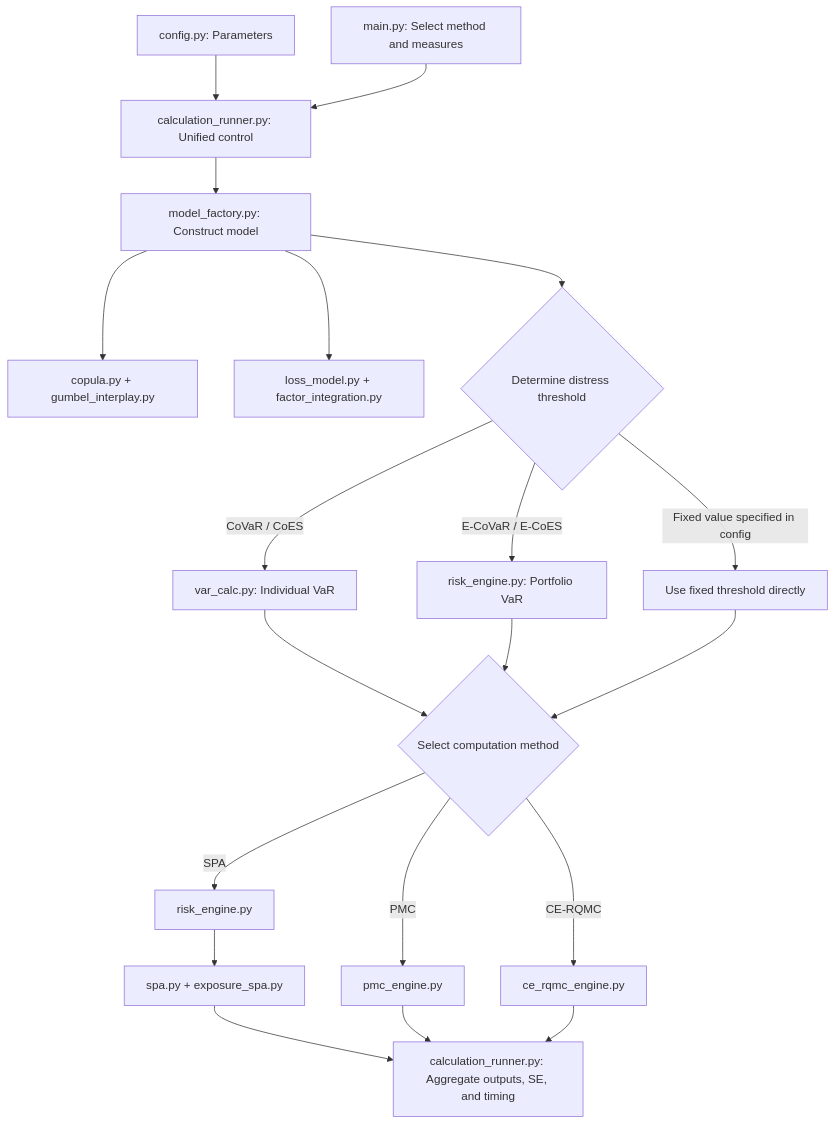
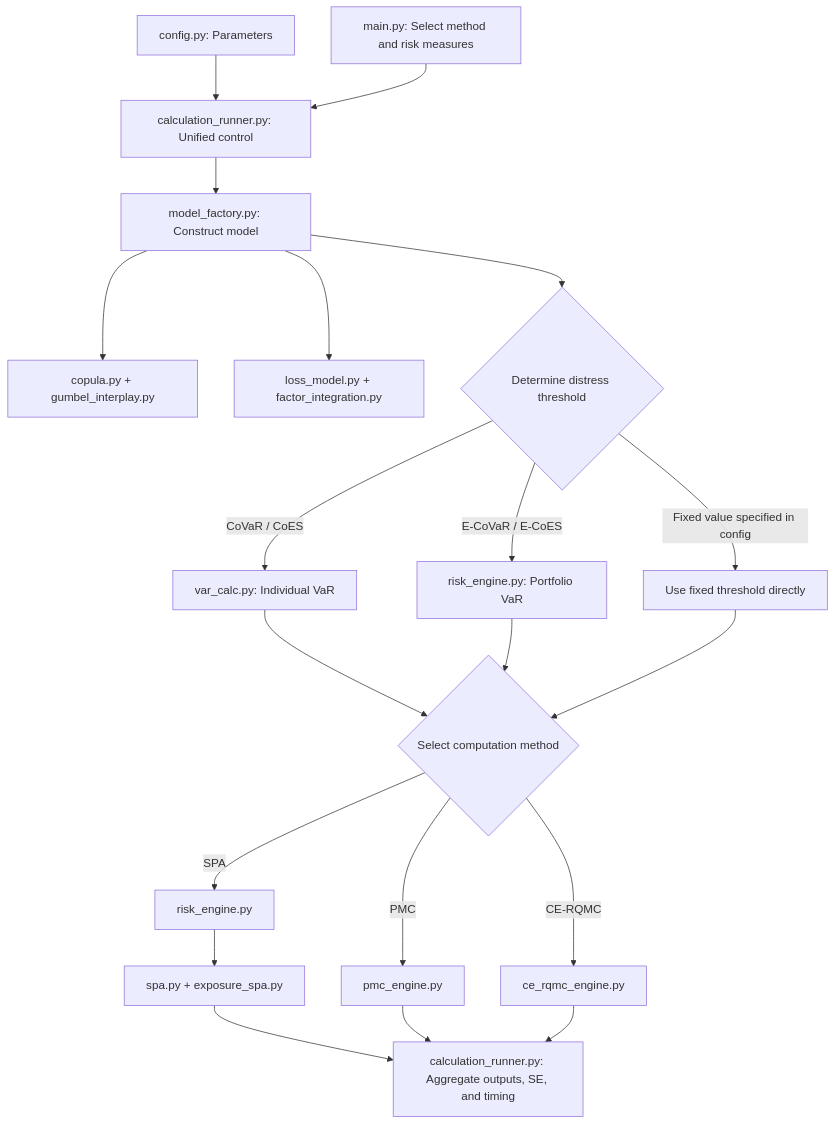
Before and after one commit to jaydenzawang/CoVaR: the diagram in README.md, drawn with Mermaid. The commit also changed other lines of this file, not shown here.

````diff
--- a/README.md
+++ b/README.md
@@ -41,22 +41,22 @@
 ```mermaid
 flowchart TD
     A[config.py: Parameters] --> C[calculation_runner.py: Unified control]
-    B[main.py: Select method and measures] --> C
+    B[main.py: Select method and risk measures] --> C
     C --> D[model_factory.py: Construct model]
     D --> E[copula.py + gumbel_interplay.py]
     D --> F[loss_model.py + factor_integration.py]
     D --> T{Determine distress threshold}
     T -->|CoVaR / CoES| V[var_calc.py: Individual VaR]
     T -->|E-CoVaR / E-CoES| L[risk_engine.py: Portfolio VaR]
     T -->|Fixed value specified in config| X[Use fixed threshold directly]
     V --> M{Select computation method}
     L --> M
     X --> M
     M -->|SPA| S[risk_engine.py]
     S --> SS[spa.py + exposure_spa.py]
     M -->|PMC| P[pmc_engine.py]
     M -->|CE-RQMC| Q[ce_rqmc_engine.py]
     SS --> O[calculation_runner.py: Aggregate outputs, SE, and timing]
     P --> O
     Q --> O
 ```
````
